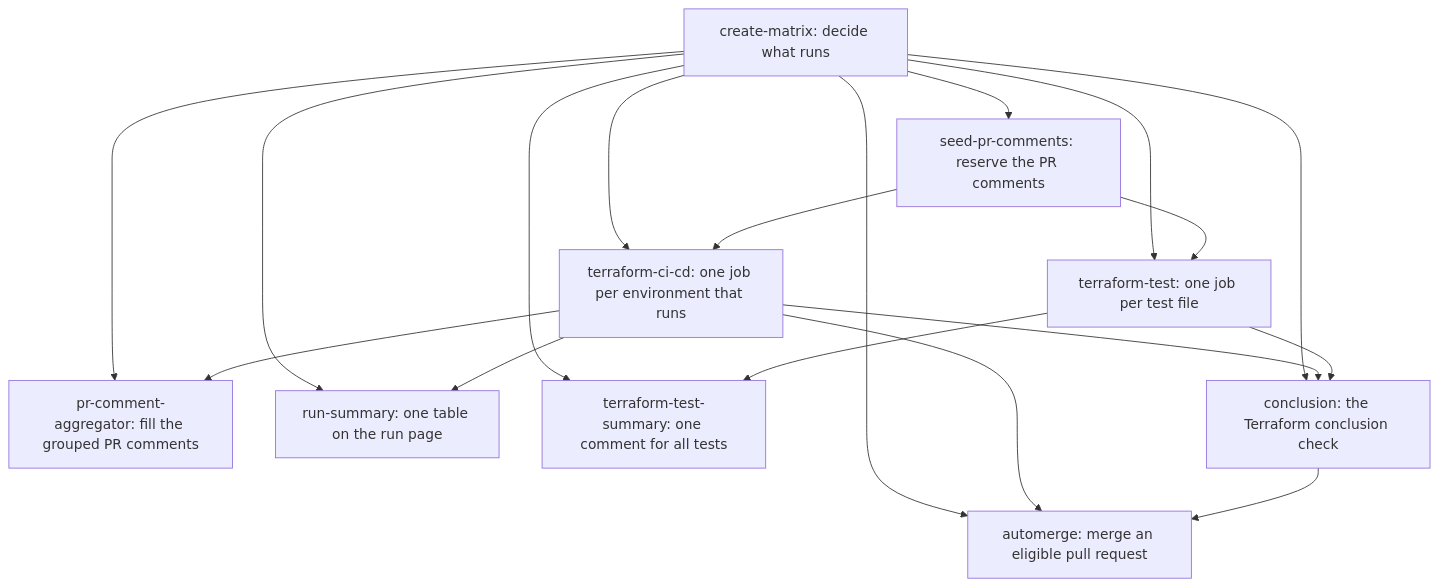
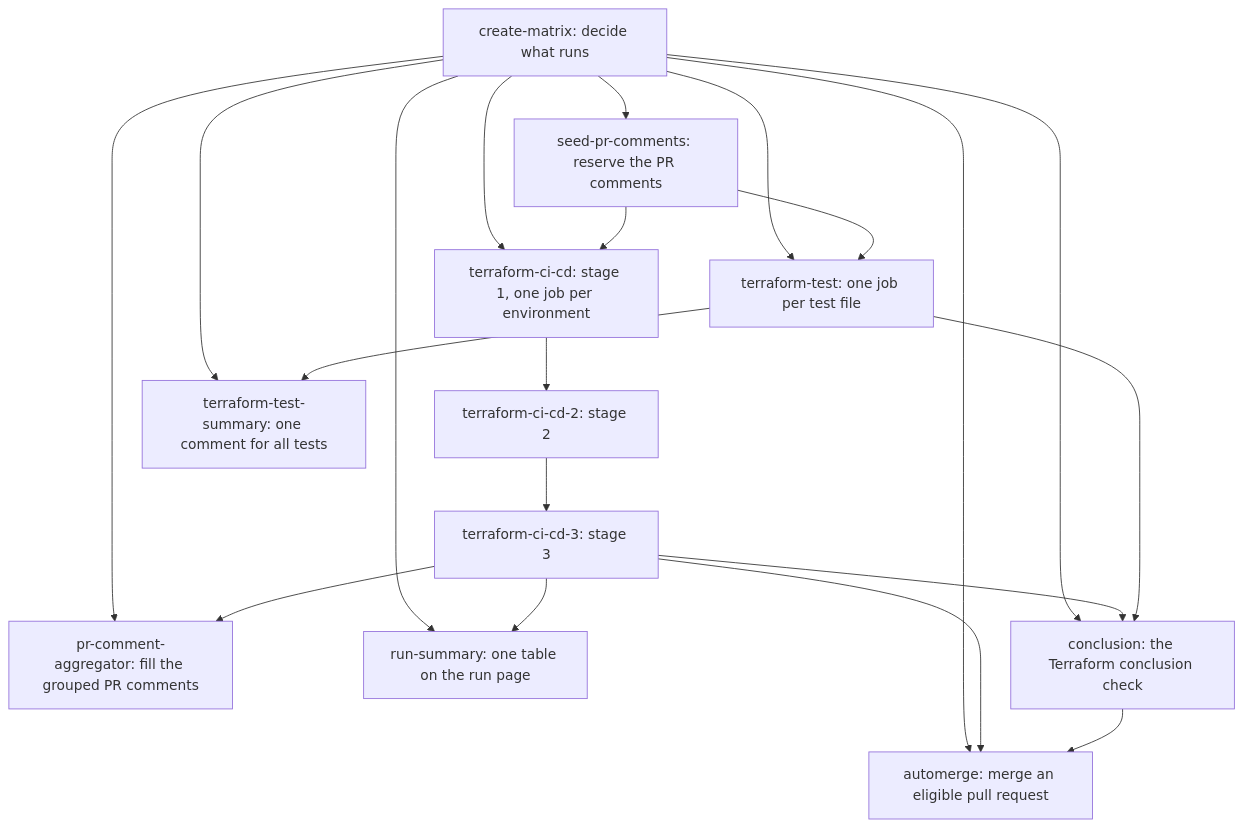
The diagram in docs/Workflow-terraform-ci-default.md (dsb-norge/github-actions-terraform), drawn with Mermaid before and after one commit. The commit also changed other lines of this file, not shown here.

First line of the commit message:
docs(workflow): ordering in the user guide, and the stage jobs in its chart

````diff
--- a/docs/Workflow-terraform-ci-default.md
+++ b/docs/Workflow-terraform-ci-default.md
@@ -324,29 +324,33 @@
 ```mermaid
 flowchart TD
   cm["create-matrix: decide what runs"]
   seed["seed-pr-comments: reserve the PR comments"]
-  env["terraform-ci-cd: one job per environment that runs"]
+  env["terraform-ci-cd: stage 1, one job per environment"]
+  env2["terraform-ci-cd-2: stage 2"]
+  env3["terraform-ci-cd-3: stage 3"]
   test["terraform-test: one job per test file"]
   agg["pr-comment-aggregator: fill the grouped PR comments"]
   rs["run-summary: one table on the run page"]
   tsum["terraform-test-summary: one comment for all tests"]
   concl["conclusion: the Terraform conclusion check"]
   am["automerge: merge an eligible pull request"]
   cm --> seed
   cm --> env
   seed --> env
+  env --> env2
+  env2 --> env3
   cm --> test
   seed --> test
   cm --> agg
-  env --> agg
+  env3 --> agg
   cm --> rs
-  env --> rs
+  env3 --> rs
   cm --> tsum
   test --> tsum
   cm --> concl
-  env --> concl
+  env3 --> concl
   test --> concl
   cm --> am
-  env --> am
+  env3 --> am
   concl --> am
 ```
````
